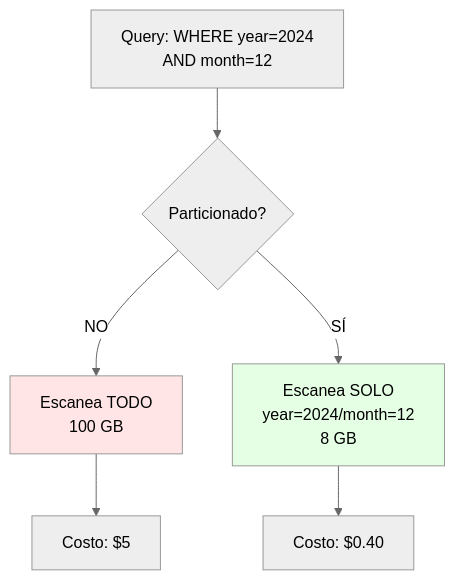
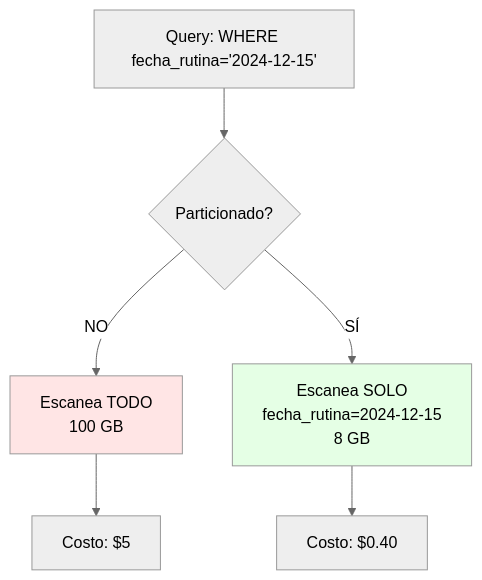
The sixth of 16 diagrams in README.md (ANALITIKACLOUD/hand-on-cloud), drawn with Mermaid (neutral theme) before and after one commit. The commit also changed other lines of this file, not shown here.

First line of the commit message:
refactor: Cambiar particionamiento a fecha_rutina

````diff
--- a/README.md
+++ b/README.md
@@ -322,12 +315,12 @@
 ```mermaid
 flowchart TD
-    A[Query: WHERE year=2024<br/>AND month=12] --> B{Particionado?}
+    A[Query: WHERE fecha_rutina='2024-12-15'] --> B{Particionado?}
     B -->|NO| C[Escanea TODO<br/>100 GB]
-    B -->|SÍ| D[Escanea SOLO<br/>year=2024/month=12<br/>8 GB]
+    B -->|SÍ| D[Escanea SOLO<br/>fecha_rutina=2024-12-15<br/>8 GB]
     
     C --> E[Costo: $5]
     D --> F[Costo: $0.40]
     
     style C fill:#FFE5E5
     style D fill:#E5FFE5
 ```
````
